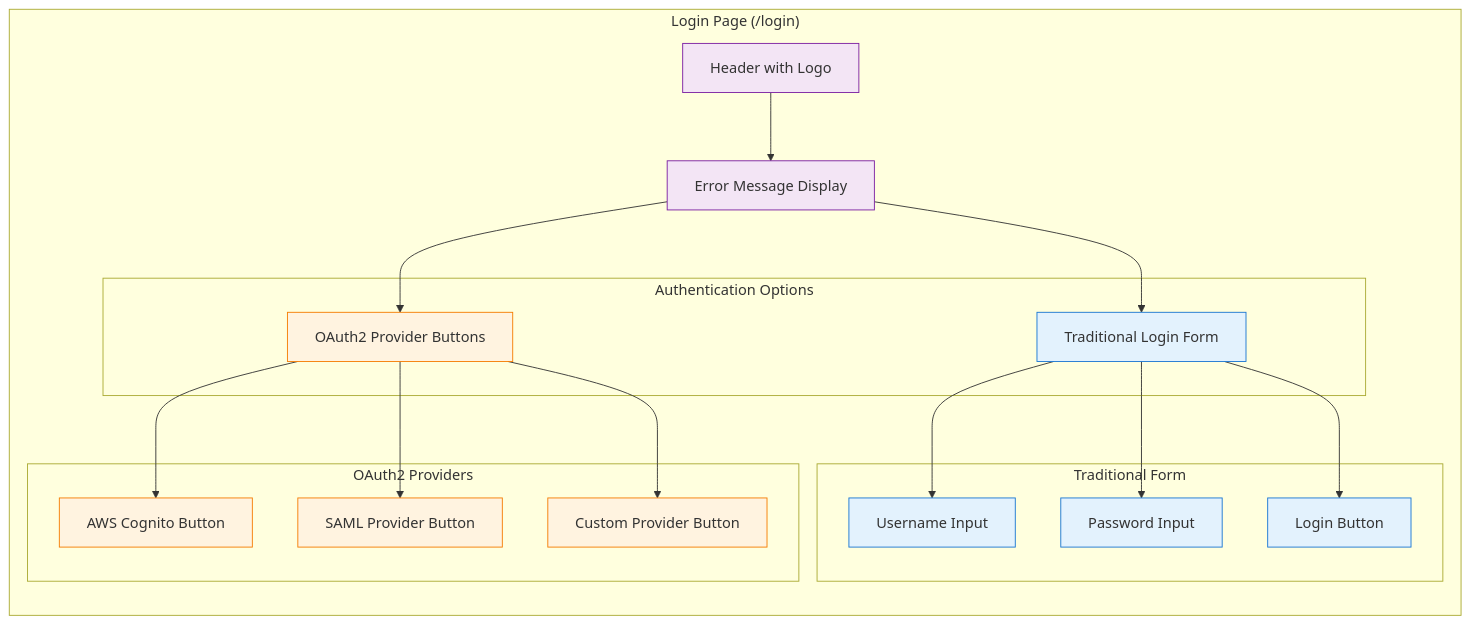
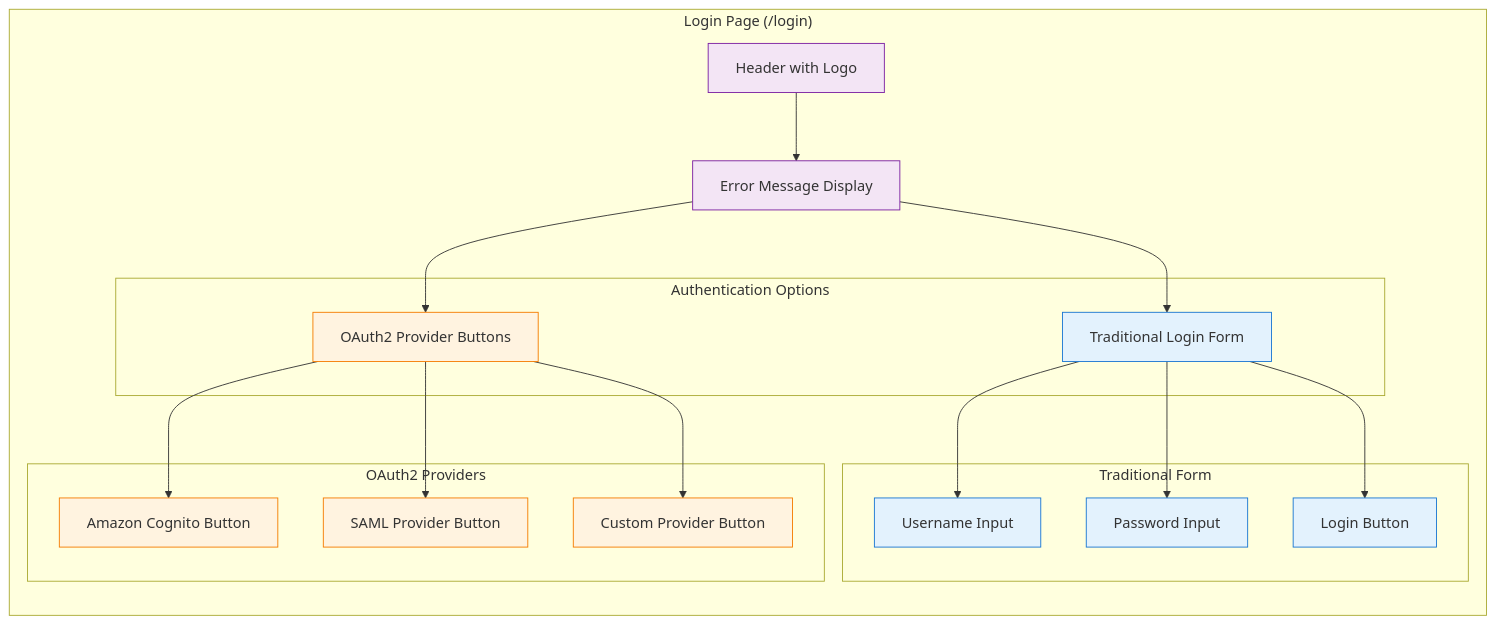
The third of 7 diagrams in docs/registry-auth-architecture.md (ascending-llc/mcp-gateway-registry), drawn with Mermaid before and after one commit. The commit also changed other lines of this file and 46 other files, not shown here.

````diff
--- a/docs/registry-auth-architecture.md
+++ b/docs/registry-auth-architecture.md
@@ -146,42 +146,42 @@
 ```mermaid
 graph LR
     subgraph "Login Page (/login)"
         LoginHeader[Header with Logo]
         ErrorDisplay[Error Message Display]
         
         subgraph "Authentication Options"
             TraditionalForm[Traditional Login Form]
             OAuth2Section[OAuth2 Provider Buttons]
         end
         
         subgraph "Traditional Form"
             UsernameField[Username Input]
             PasswordField[Password Input]
             LoginButton[Login Button]
         end
         
         subgraph "OAuth2 Providers"
-            CognitoBtn[AWS Cognito Button]
+            CognitoBtn[Amazon Cognito Button]
             SAMLBtn[SAML Provider Button]
             CustomBtn[Custom Provider Button]
         end
     end
     
     LoginHeader --> ErrorDisplay
     ErrorDisplay --> TraditionalForm
     ErrorDisplay --> OAuth2Section
     TraditionalForm --> UsernameField
     TraditionalForm --> PasswordField
     TraditionalForm --> LoginButton
     OAuth2Section --> CognitoBtn
     OAuth2Section --> SAMLBtn
     OAuth2Section --> CustomBtn
     
     classDef form fill:#e3f2fd,stroke:#1976d2
     classDef oauth fill:#fff3e0,stroke:#f57c00
     classDef input fill:#f3e5f5,stroke:#7b1fa2
     
     class TraditionalForm,UsernameField,PasswordField,LoginButton form
     class OAuth2Section,CognitoBtn,SAMLBtn,CustomBtn oauth
     class LoginHeader,ErrorDisplay input
 ```
````
